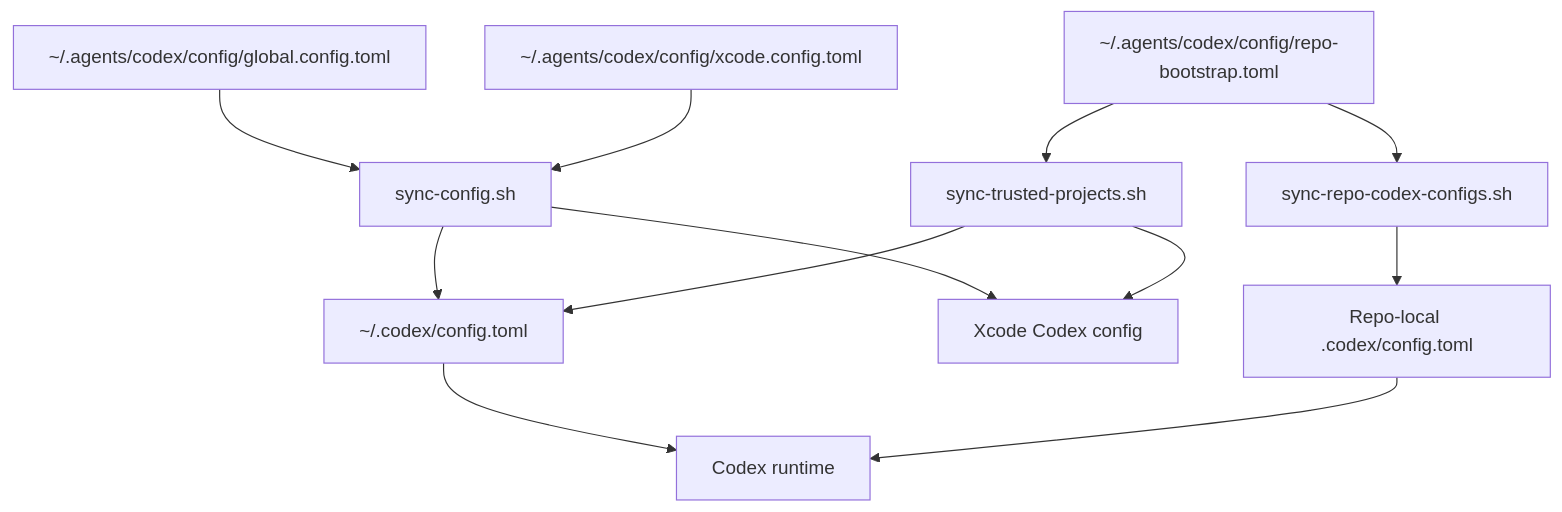
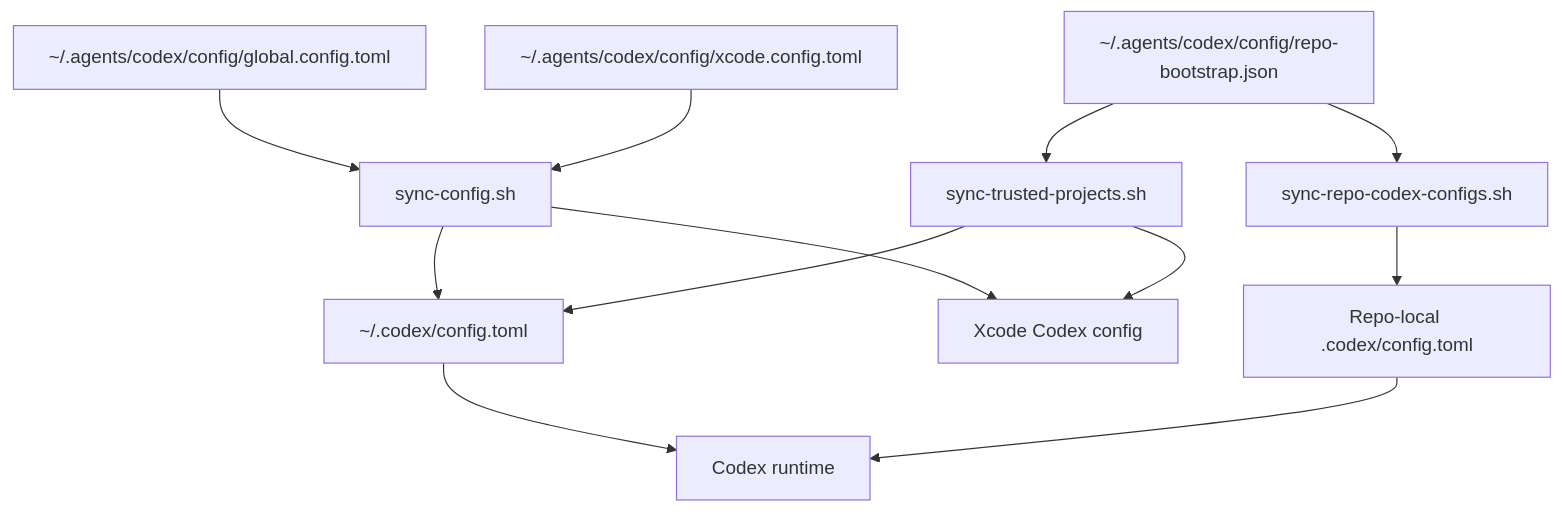
One commit to wisdom-in-a-nutshell/.agents changed the diagram in docs/architecture/codex-config-layers.md. Above: the diagram before and after it, drawn with Mermaid. The commit also changed other lines of this file and 45 other files, not shown here.

````diff
--- a/docs/architecture/codex-config-layers.md
+++ b/docs/architecture/codex-config-layers.md
@@ -9,25 +9,25 @@
 ```mermaid
 flowchart TD
     A[~/.agents/codex/config/global.config.toml]
     B[~/.agents/codex/config/xcode.config.toml]
-    C[~/.agents/codex/config/repo-bootstrap.toml]
+    C[~/.agents/codex/config/repo-bootstrap.json]
     D[sync-config.sh]
     E[sync-trusted-projects.sh]
     F[sync-repo-codex-configs.sh]
     G[~/.codex/config.toml]
     H[Xcode Codex config]
     I[Repo-local .codex/config.toml]
     J[Codex runtime]
 
     A --> D
     B --> D
     C --> E
     C --> F
     D --> G
     D --> H
     E --> G
     E --> H
     F --> I
     G --> J
     I --> J
 ```
````
